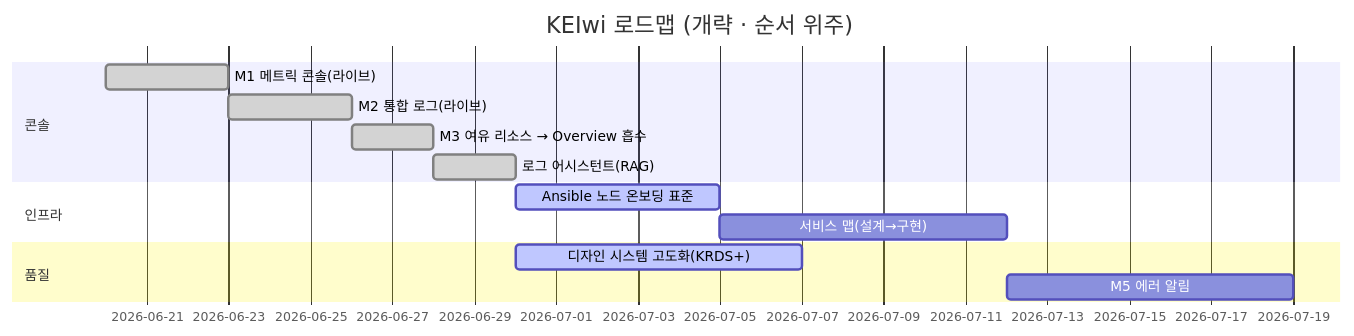
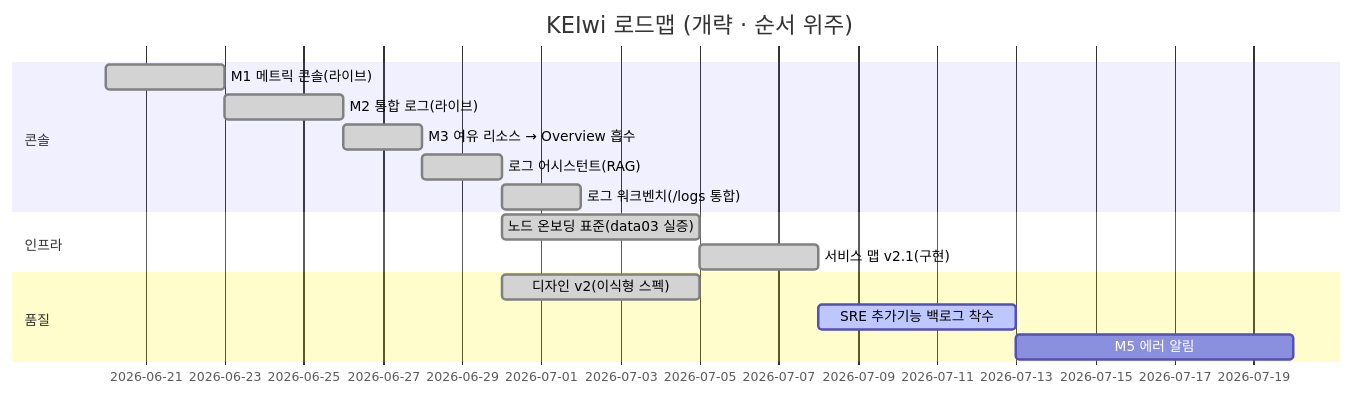
One commit to mooner92/KEIwi changed the third of 3 diagrams in README.md. Above: the diagram before and after it, drawn with Mermaid. The commit also changed other lines of this file and 19 other files, not shown here.

First line of the commit message:
docs: 전 문서 최신화 — data03 온보딩 실전 매뉴얼화 + 상태 정합 스윕

````diff
--- a/README.md
+++ b/README.md
@@ -230,16 +235,18 @@
 ```mermaid
 gantt
     title KEIwi 로드맵 (개략 · 순서 위주)
     dateFormat YYYY-MM-DD
     section 콘솔
     M1 메트릭 콘솔(라이브)        :done, m1, 2026-06-20, 3d
     M2 통합 로그(라이브)          :done, m2, after m1, 3d
     M3 여유 리소스 → Overview 흡수 :done, m3, after m2, 2d
     로그 어시스턴트(RAG)          :done, m4, after m3, 2d
+    로그 워크벤치(/logs 통합)     :done, m5w, after m4, 2d
     section 인프라
-    Ansible 노드 온보딩 표준      :active, i1, after m4, 5d
-    서비스 맵(설계→구현)          :        i2, after i1, 7d
+    노드 온보딩 표준(data03 실증) :done, i1, after m4, 5d
+    서비스 맵 v2.1(구현)          :done, i2, after i1, 3d
     section 품질
-    디자인 시스템 고도화(KRDS+)   :active, q1, after m4, 7d
-    M5 에러 알림                  :        q2, after i2, 7d
+    디자인 v2(이식형 스펙)        :done, q1, after m4, 5d
+    SRE 추가기능 백로그 착수      :active, q2, after i2, 5d
+    M5 에러 알림                  :        q3, after q2, 7d
 ```
````
